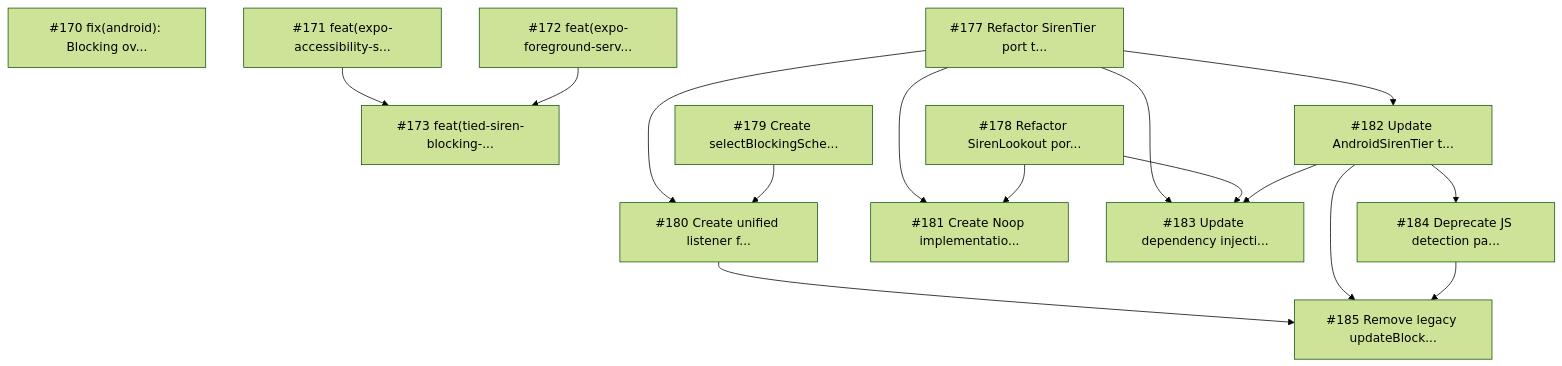
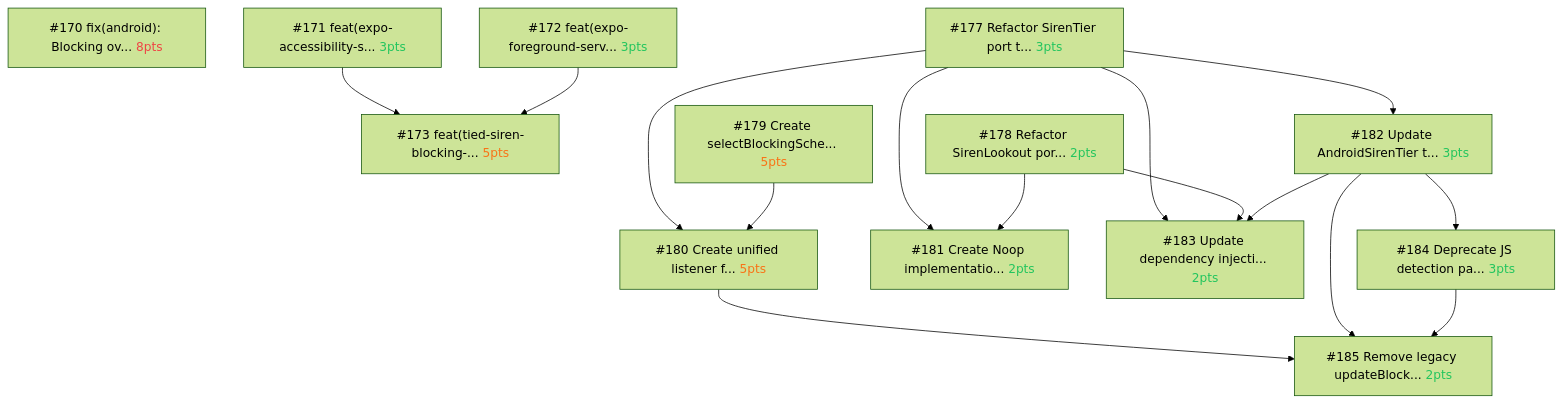
One commit to amehmeto/TiedSiren51 changed the third of 3 diagrams in docs/TICKET-DEPENDENCY-GRAPH.md. Above: the diagram before and after it, drawn with Mermaid (forest theme). The commit also changed other lines of this file and 1 other file, not shown here.

First line of the commit message:
feat(tooling): add story points with color coding to dependency graph

````diff
--- a/docs/TICKET-DEPENDENCY-GRAPH.md
+++ b/docs/TICKET-DEPENDENCY-GRAPH.md
@@ -216,31 +206,31 @@
 ```mermaid
 flowchart TD
-    F170["#170 fix(android): Blocking ov..."]
-    F171["#171 feat(expo-accessibility-s..."]
-    F172["#172 feat(expo-foreground-serv..."]
-    F173["#173 feat(tied-siren-blocking-..."]
-    F177["#177 Refactor SirenTier port t..."]
-    F178["#178 Refactor SirenLookout por..."]
-    F179["#179 Create selectBlockingSche..."]
-    F180["#180 Create unified listener f..."]
-    F181["#181 Create Noop implementatio..."]
-    F182["#182 Update AndroidSirenTier t..."]
-    F183["#183 Update dependency injecti..."]
-    F184["#184 Deprecate JS detection pa..."]
-    F185["#185 Remove legacy updateBlock..."]
+    F170["#170 fix(android): Blocking ov... <span style='color:#ef4444'>8pts</span>"]
+    F171["#171 feat(expo-accessibility-s... <span style='color:#22c55e'>3pts</span>"]
+    F172["#172 feat(expo-foreground-serv... <span style='color:#22c55e'>3pts</span>"]
+    F173["#173 feat(tied-siren-blocking-... <span style='color:#f97316'>5pts</span>"]
+    F177["#177 Refactor SirenTier port t... <span style='color:#22c55e'>3pts</span>"]
+    F178["#178 Refactor SirenLookout por... <span style='color:#22c55e'>2pts</span>"]
+    F179["#179 Create selectBlockingSche... <span style='color:#f97316'>5pts</span>"]
+    F180["#180 Create unified listener f... <span style='color:#f97316'>5pts</span>"]
+    F181["#181 Create Noop implementatio... <span style='color:#22c55e'>2pts</span>"]
+    F182["#182 Update AndroidSirenTier t... <span style='color:#22c55e'>3pts</span>"]
+    F183["#183 Update dependency injecti... <span style='color:#22c55e'>2pts</span>"]
+    F184["#184 Deprecate JS detection pa... <span style='color:#22c55e'>3pts</span>"]
+    F185["#185 Remove legacy updateBlock... <span style='color:#22c55e'>2pts</span>"]
 
     F171 --> F173
     F172 --> F173
     F177 --> F180
     F179 --> F180
     F177 --> F181
     F178 --> F181
     F177 --> F182
     F177 --> F183
     F178 --> F183
     F182 --> F183
     F182 --> F184
     F180 --> F185
     F182 --> F185
     F184 --> F185
 ```
````
